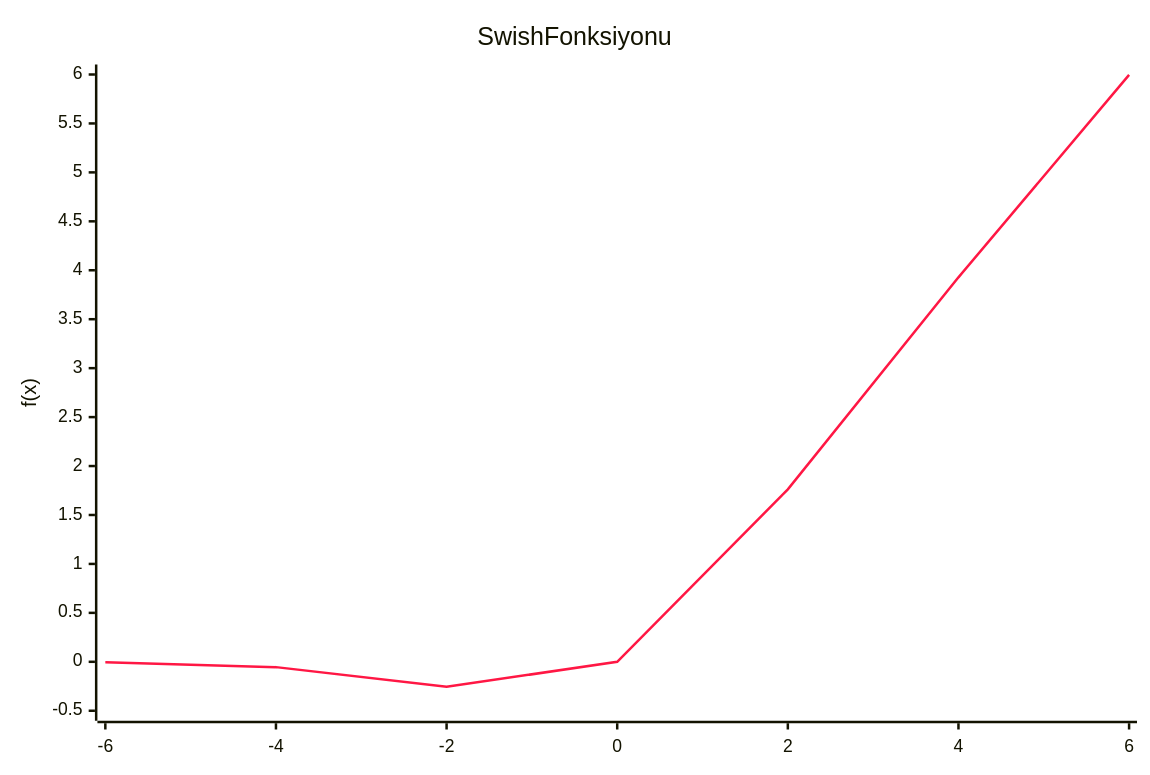
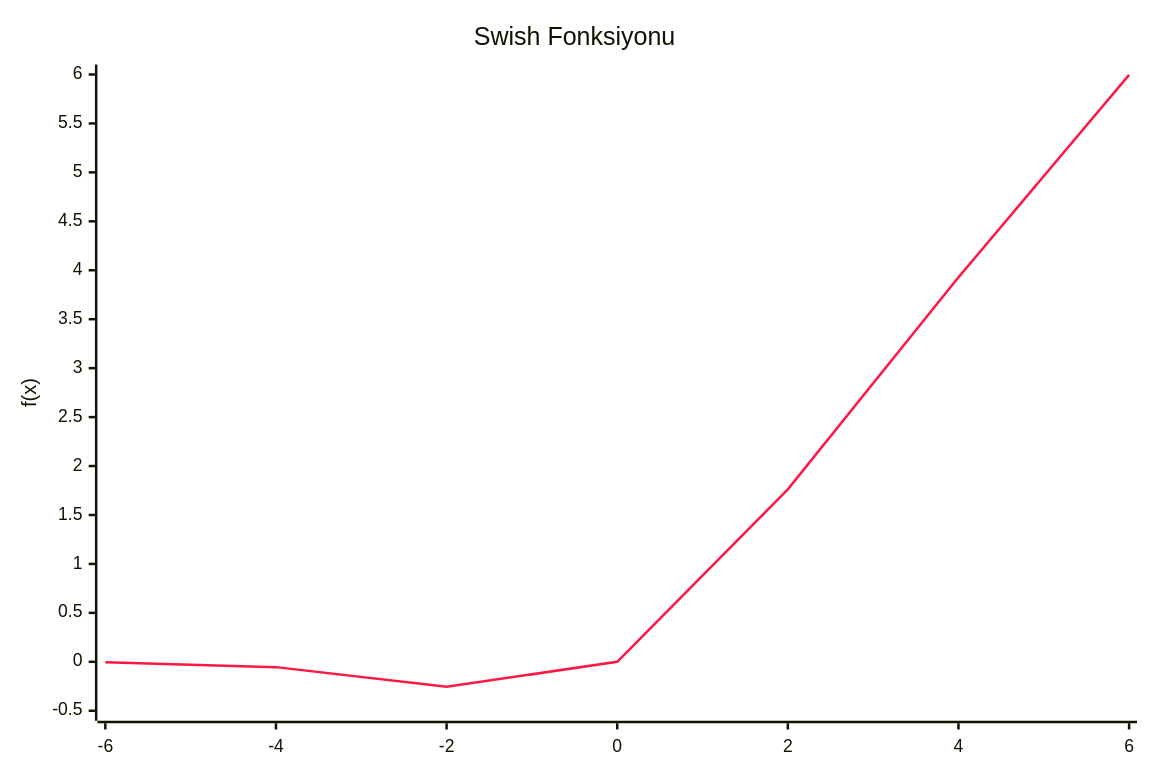
Before and after one commit to ilkerturan/ilkerturan.github.io: the eighth of 11 diagrams in dl/02-aktivasyon-fonksiyonlari.md, drawn with Mermaid. The commit also changed other lines of this file, not shown here.

Commit message:
fix: enclose xychart-beta titles in quotes to resolve mermaid syntax error

````diff
--- a/dl/02-aktivasyon-fonksiyonlari.md
+++ b/dl/02-aktivasyon-fonksiyonlari.md
@@ -329,16 +329,16 @@
 ```mermaid
 ---
 config:
     xyChart:
         width: 900
         height: 600
     themeVariables:
         xyChart:
             plotColorPalette: "#FF1744"
 ---
 xychart-beta
-    title Swish Fonksiyonu
+    title "Swish Fonksiyonu"
     x-axis [-6, -4, -2, 0, 2, 4, 6]
     y-axis "f(x)" -0.5 --> 6
     line [-0.0044, -0.0544, -0.2554, 0, 1.7616, 3.9279, 5.9963]
 ```
````
